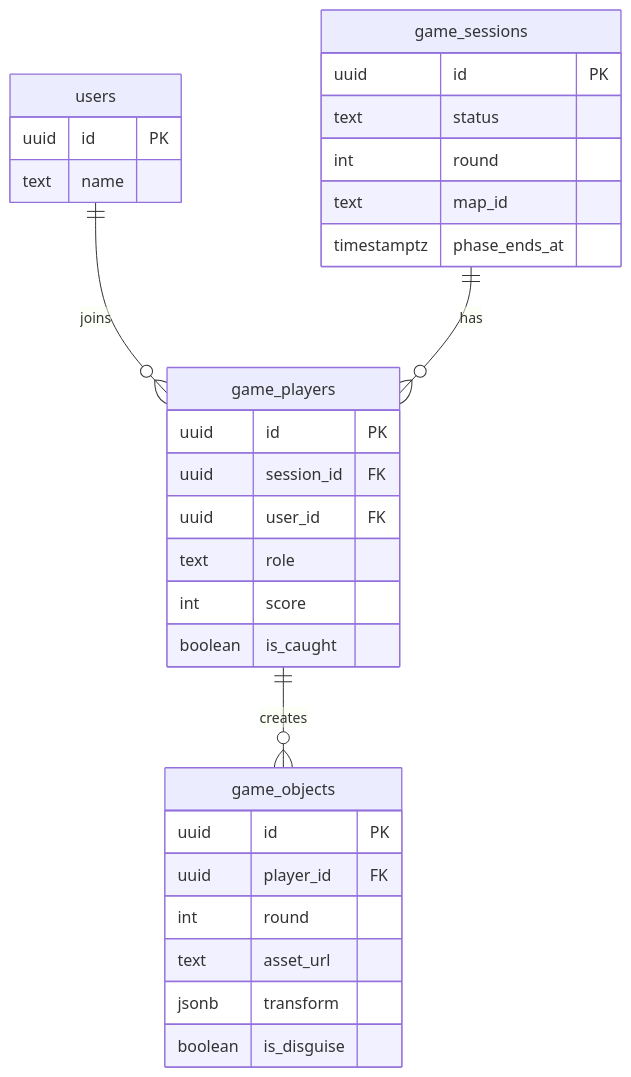
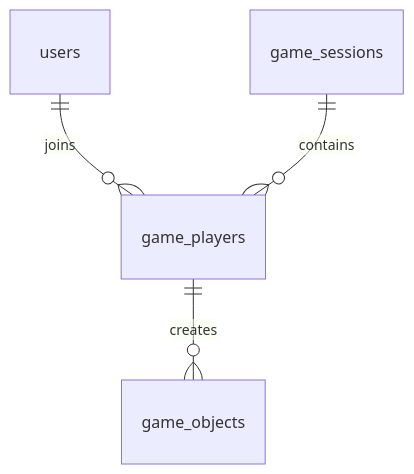
Before and after one commit to guriguri00451/BibaiHack: the second of 3 diagrams in docs/whiteboard-brainstorm.md, drawn with Mermaid. The commit also changed other lines of this file, not shown here.

````diff
--- a/docs/whiteboard-brainstorm.md
+++ b/docs/whiteboard-brainstorm.md
@@ -75,37 +53,6 @@
 ```mermaid
 erDiagram
     users ||--o{ game_players : joins
-    game_sessions ||--o{ game_players : has
+    game_sessions ||--o{ game_players : contains
     game_players ||--o{ game_objects : creates
-
-    users {
-        uuid id PK
-        text name
-    }
-
-    game_sessions {
-        uuid id PK
-        text status
-        int round
-        text map_id
-        timestamptz phase_ends_at
-    }
-
-    game_players {
-        uuid id PK
-        uuid session_id FK
-        uuid user_id FK
-        text role
-        int score
-        boolean is_caught
-    }
-
-    game_objects {
-        uuid id PK
-        uuid player_id FK
-        int round
-        text asset_url
-        jsonb transform
-        boolean is_disguise
-    }
 ```
````
